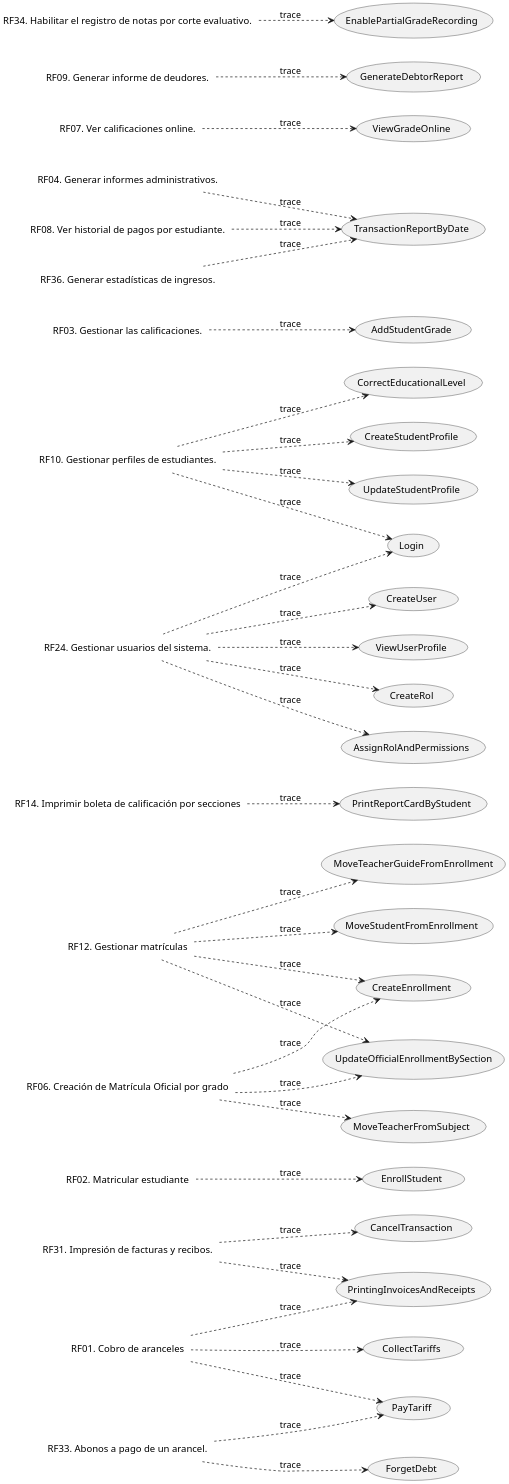
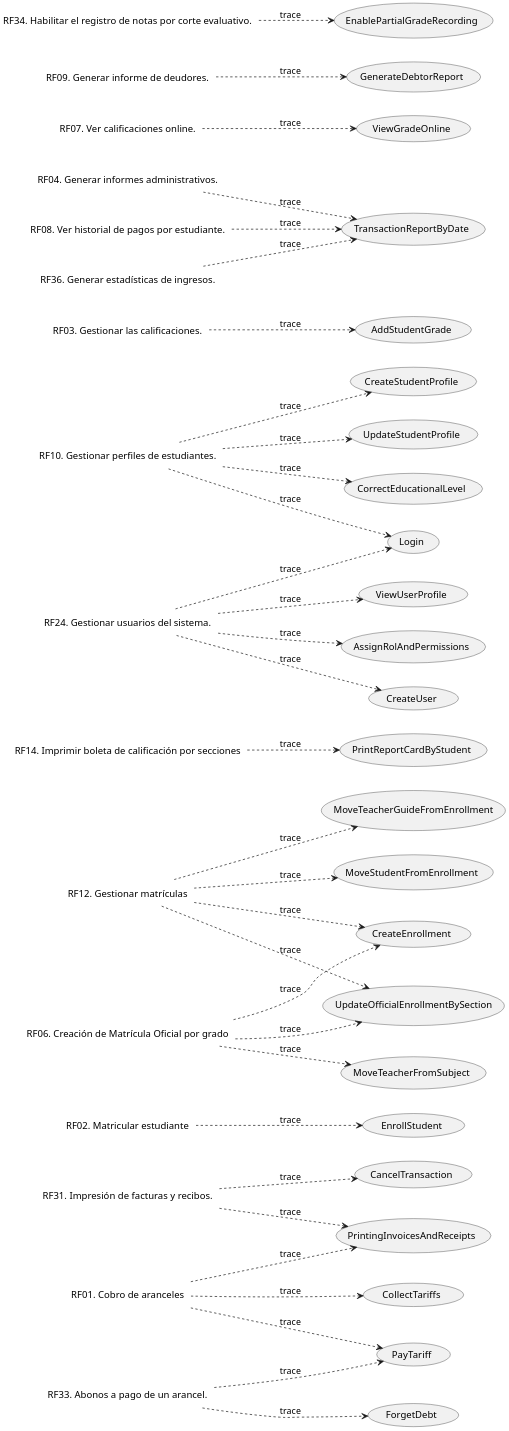
Before and after one commit to wsmcbl/wsmcbl.doc: the diagram in UseCaseView/TRACE.Requisites-x-UseCase.puml, drawn with PlantUML. The commit also changed 7 other files, not shown here.

```diff
--- a/UseCaseView/TRACE.Requisites-x-UseCase.puml
+++ b/UseCaseView/TRACE.Requisites-x-UseCase.puml
@@ -1,105 +1,103 @@
 @startuml
 'skinparam BackgroundColor transparent
 left to right direction
 scale 2
 
 'Iteration 1
 Label RF01 as "RF01. Cobro de aranceles"
 Label RF02 as "RF02. Matricular estudiante"
 label RF06 as "RF06. Creación de Matrícula Oficial por grado"
 label RF12 as "RF12. Gestionar matrículas"
 label RF14 as "RF14. Imprimir boleta de calificación por secciones"
 
 'Iteration 2
 Label RF10 as "RF10. Gestionar perfiles de estudiantes."
 Label RF24 as "RF24. Gestionar usuarios del sistema."
 Label RF03 as "RF03. Gestionar las calificaciones."
 Label RF33 as "RF33. Abonos a pago de un arancel."
 
 'Iteration 3
 Label RF04 as "RF04. Generar informes administrativos."
 Label RF07 as "RF07. Ver calificaciones online."
 Label RF08 as "RF08. Ver historial de pagos por estudiante."
 Label RF31 as "RF31. Impresión de facturas y recibos."
 Label RF36 as "RF36. Generar estadísticas de ingresos."
 
 'Iteration 4
 Label RF09 as "RF09. Generar informe de deudores."
 Label RF34 as "RF34. Habilitar el registro de notas por corte evaluativo."
 
 
 'Iteration 1
 usecase CU01 as "EnrollStudent"
 usecase CU05 as "UpdateOfficialEnrollmentBySection"
 usecase CU58 as "PrintingInvoicesAndReceipts"
 usecase CU29 as "PrintReportCardByStudent"
 usecase CU21 as "MoveTeacherGuideFromEnrollment"
 usecase CU03 as "CollectTariffs"
 
 'Iteration 2
 usecase CU60 as "PayTariff"
 usecase CU11 as "AddStudentGrade"
 usecase CU02 as "CreateStudentProfile"
 usecase CU69 as "Login"
 
 'Iteration 3
 usecase CU15 as "ViewGradeOnline"
 usecase CU16 as "UpdateStudentProfile"
 usecase CU22 as "MoveTeacherFromSubject"
 usecase CU23 as "MoveStudentFromEnrollment"
 usecase CU73 as "CancelTransaction"
 usecase CU75 as "TransactionReportByDate"
 
 'Iteration 4
 usecase CU07 as "GenerateDebtorReport"
 usecase CU20 as "CreateEnrollment"
 usecase CU46 as "CreateUser"
 usecase CU51 as "ViewUserProfile"
 usecase CU61 as "EnablePartialGradeRecording"
-usecase CU70 as "CreateRol"
 usecase CU71 as "AssignRolAndPermissions"
 usecase CU77 as "CorrectEducationalLevel"
 usecase CU78 as "ForgetDebt"
 
 
 
 'Iteration 1
 RF01 ..> CU03 : trace
 RF01 ..> CU58 : trace
 RF02 ..> CU01 : trace
 RF06 ..> CU05 : trace
 RF12 ..> CU05 : trace
 RF12 ..> CU21 : trace
 RF14 ..> CU29 : trace
 
 'Iteration 2
 RF01 ..> CU60 : trace
 RF06 ..> CU22 : trace
 RF10 ..> CU02 : trace
 RF10 ..> CU69 : trace
 RF24 ..> CU69 : trace
 RF33 ..> CU60 : trace
 RF03 ..> CU11 : trace
 RF07 ..> CU15 : trace
 
 'Iteration 3
 RF08 ..> CU75 : trace
 RF04 ..> CU75 : trace
 RF36 ..> CU75 : trace
 RF31 ..> CU73 : trace
 RF31 ..> CU58 : trace
 RF10 ..> CU16 : trace
 RF12 ..> CU23 : trace
 
 'Iteration 4
 RF09 ..> CU07 : trace
 RF06 ..> CU20 : trace
 RF12 ..> CU20 : trace
 RF24 ..> CU46 : trace
 RF24 ..> CU51 : trace
 RF34 ..> CU61 : trace
-RF24 ..> CU70 : trace
 RF24 ..> CU71 : trace
 RF10 ..> CU77 : trace
 RF33 ..> CU78 : trace
 @enduml
```
